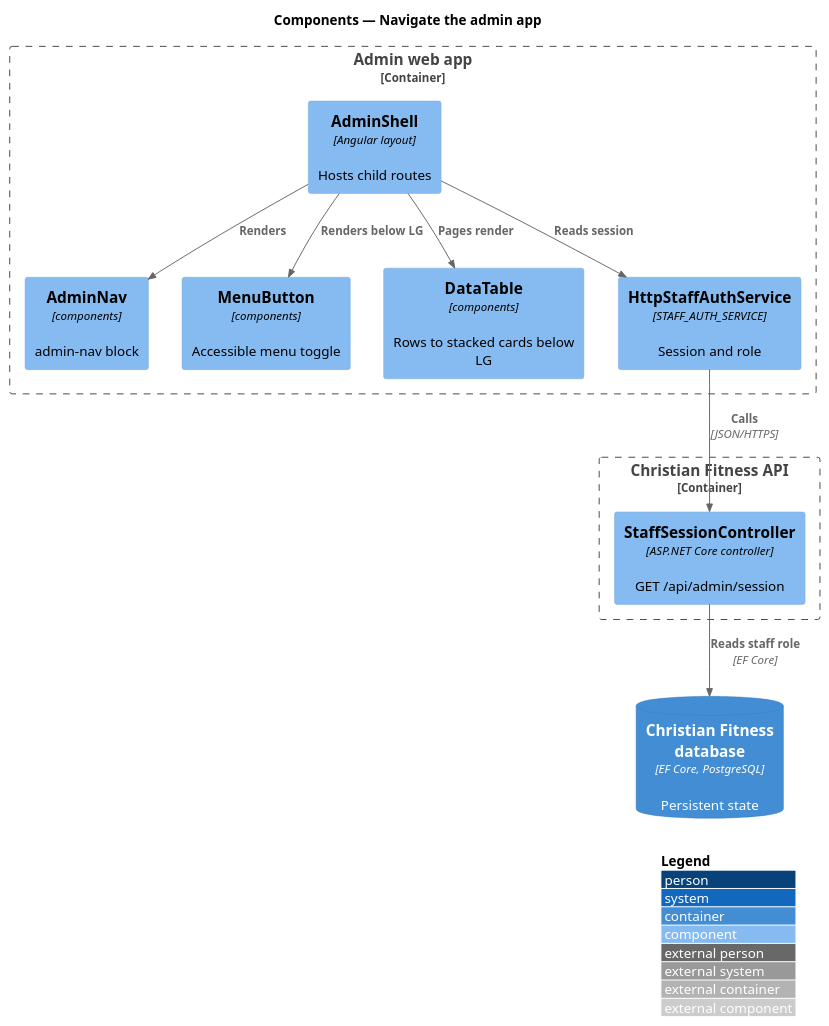
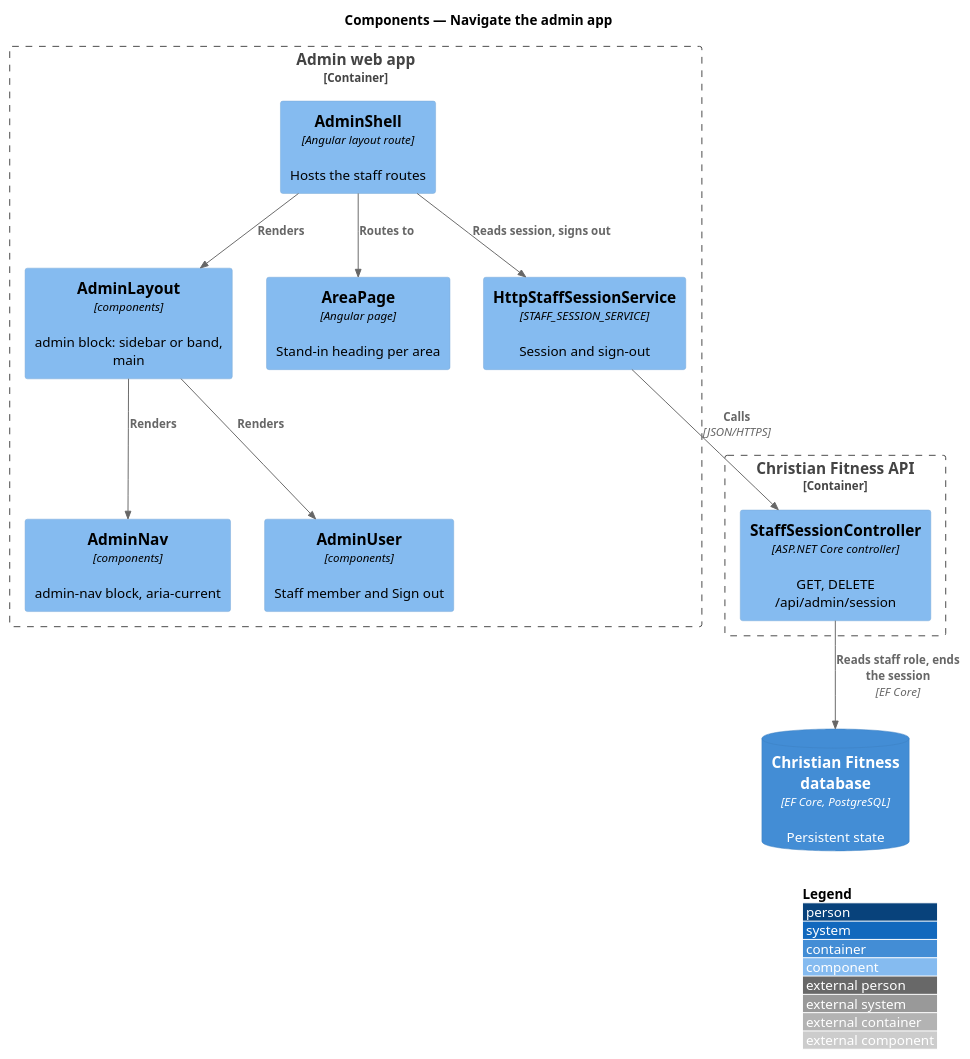
One commit to QuinntyneBrown/christian-fitness changed the diagram in docs/detailed-designs/admin-access/navigate-admin-app/diagrams/c4-component.puml. Above: the diagram before and after it, drawn with PlantUML. The commit also changed 77 other files, not shown here.

First line of the commit message:
Align requirements, designs and mocks with staff sign-in

```diff
--- a/docs/detailed-designs/admin-access/navigate-admin-app/diagrams/c4-component.puml
+++ b/docs/detailed-designs/admin-access/navigate-admin-app/diagrams/c4-component.puml
@@ -1,24 +1,26 @@
 @startuml
 !include <C4/C4_Component>
 LAYOUT_WITH_LEGEND()
 title Components — Navigate the admin app
 
 Container_Boundary(admin, "Admin web app") {
-  Component(shell, "AdminShell", "Angular layout", "Hosts child routes")
-  Component(nav, "AdminNav", "components", "admin-nav block")
-  Component(menu, "MenuButton", "components", "Accessible menu toggle")
-  Component(table, "DataTable", "components", "Rows to stacked cards below LG")
-  Component(svc, "HttpStaffAuthService", "STAFF_AUTH_SERVICE", "Session and role")
+  Component(shell, "AdminShell", "Angular layout route", "Hosts the staff routes")
+  Component(layout, "AdminLayout", "components", "admin block: sidebar or band, main")
+  Component(nav, "AdminNav", "components", "admin-nav block, aria-current")
+  Component(user, "AdminUser", "components", "Staff member and Sign out")
+  Component(area, "AreaPage", "Angular page", "Stand-in heading per area")
+  Component(svc, "HttpStaffSessionService", "STAFF_SESSION_SERVICE", "Session and sign-out")
 }
 Container_Boundary(api, "Christian Fitness API") {
-  Component(ctrl, "StaffSessionController", "ASP.NET Core controller", "GET /api/admin/session")
+  Component(ctrl, "StaffSessionController", "ASP.NET Core controller", "GET, DELETE /api/admin/session")
 }
 ContainerDb(db, "Christian Fitness database", "EF Core, PostgreSQL", "Persistent state")
 
-Rel(shell, nav, "Renders")
-Rel(shell, menu, "Renders below LG")
-Rel(shell, table, "Pages render")
-Rel(shell, svc, "Reads session")
+Rel(shell, layout, "Renders")
+Rel(layout, nav, "Renders")
+Rel(layout, user, "Renders")
+Rel(shell, area, "Routes to")
+Rel(shell, svc, "Reads session, signs out")
 Rel(svc, ctrl, "Calls", "JSON/HTTPS")
-Rel(ctrl, db, "Reads staff role", "EF Core")
+Rel(ctrl, db, "Reads staff role, ends the session", "EF Core")
 @enduml
```
